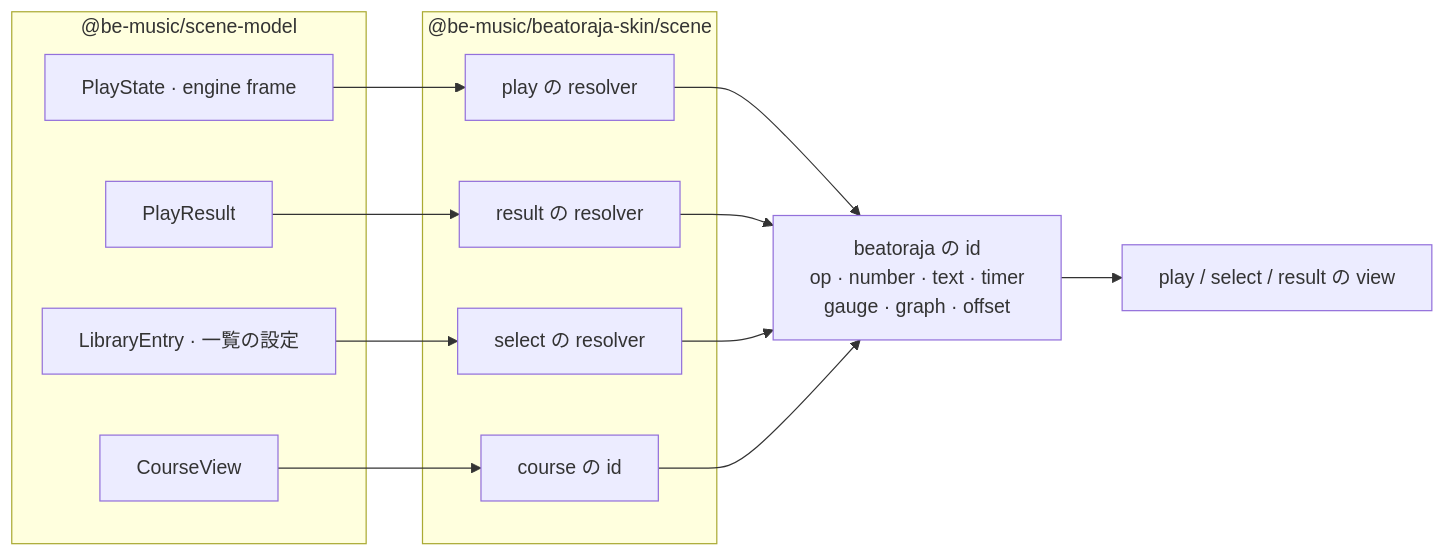
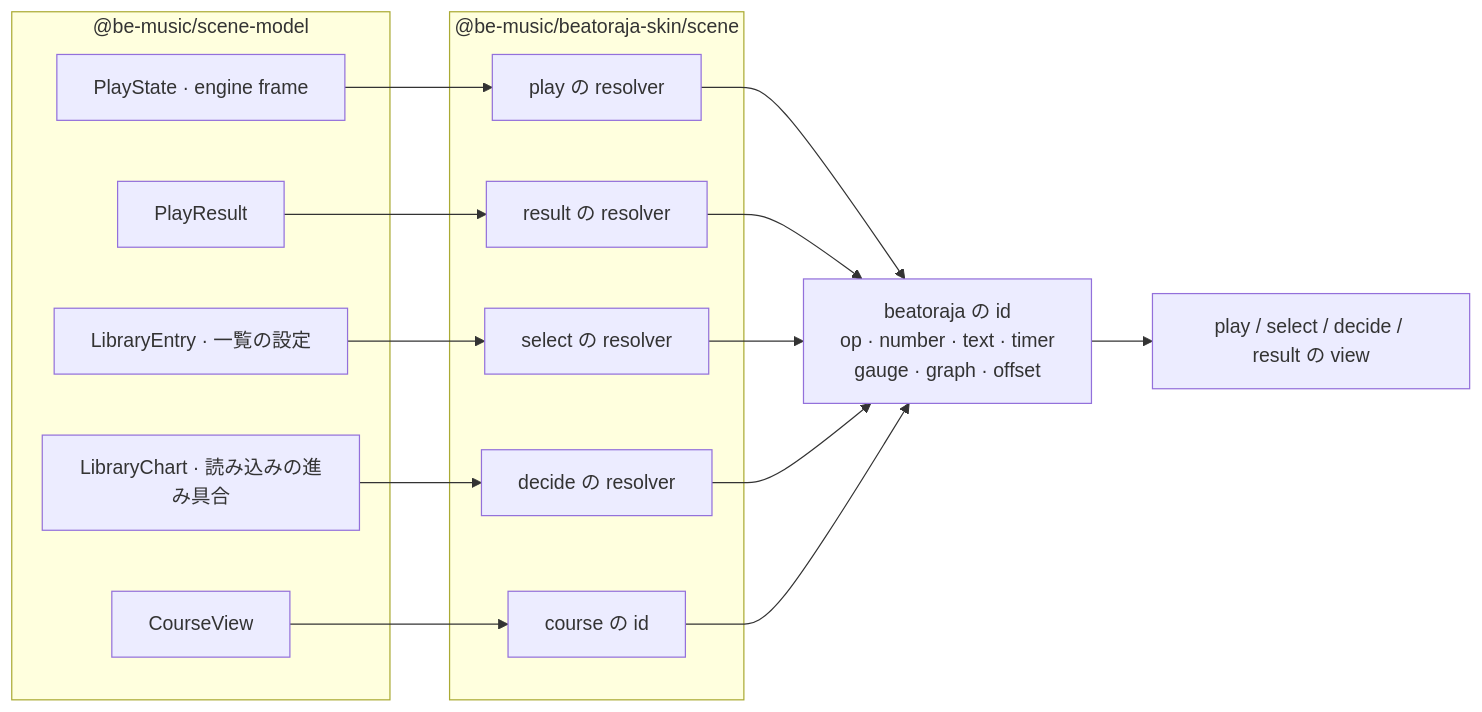
The first of 2 diagrams in docs/beatoraja-skin.ja.md (nulltask/be-music), drawn with Mermaid before and after one commit. The commit also changed other lines of this file and 5 other files, not shown here.

Commit message:
docs: describe the beatoraja decide view and add D3 to the P4 migration [ci skip]

````diff
--- a/docs/beatoraja-skin.ja.md
+++ b/docs/beatoraja-skin.ja.md
@@ -117,27 +117,31 @@
 ```mermaid
 flowchart LR
   subgraph models["@be-music/scene-model"]
     play["PlayState · engine frame"]
     result["PlayResult"]
     entry["LibraryEntry · 一覧の設定"]
+    chart["LibraryChart · 読み込みの進み具合"]
     course["CourseView"]
   end
   subgraph mapping["@be-music/beatoraja-skin/scene"]
     playR["play の resolver"]
     resultR["result の resolver"]
     selectR["select の resolver"]
+    decideR["decide の resolver"]
     courseR["course の id"]
   end
   ids["beatoraja の id<br/>op · number · text · timer<br/>gauge · graph · offset"]
-  view["play / select / result の view"]
+  view["play / select / decide / result の view"]
 
   play --> playR
   result --> resultR
   entry --> selectR
+  chart --> decideR
   course --> courseR
   playR --> ids
   resultR --> ids
   selectR --> ids
+  decideR --> ids
   courseR --> ids
   ids --> view
 ```
````
